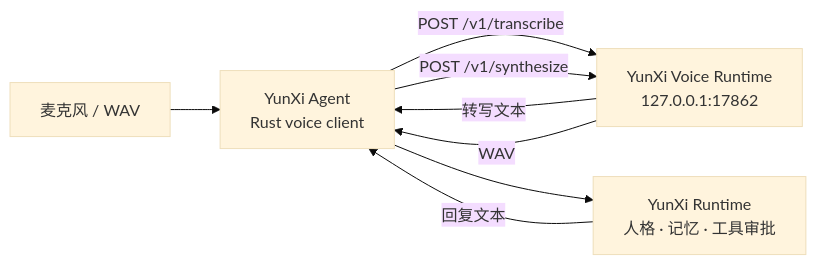
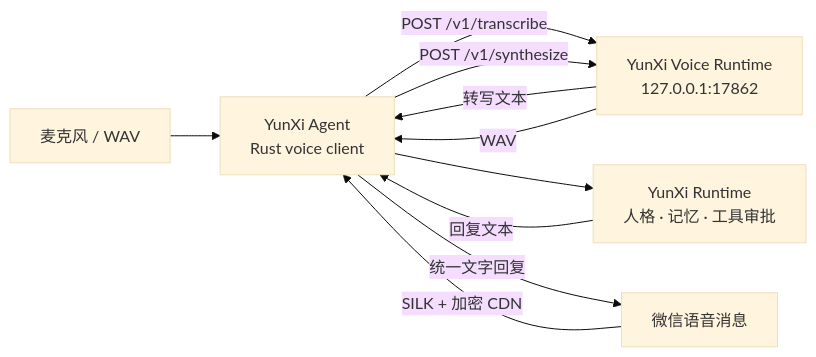
The second of 2 diagrams in README.md (sjxbbdb/YunXi-Agent), drawn with Mermaid (base theme) before and after one commit. The commit also changed other lines of this file and 44 other files, not shown here.

````diff
--- a/README.md
+++ b/README.md
@@ -268,10 +277,12 @@
 ```mermaid
 flowchart LR
     AUDIO["麦克风 / WAV"] --> CLIENT["YunXi Agent<br/>Rust voice client"]
     CLIENT -->|"POST /v1/transcribe"| SIDECAR["YunXi Voice Runtime<br/>127.0.0.1:17862"]
     SIDECAR -->|"转写文本"| CLIENT
     CLIENT --> CORE["YunXi Runtime<br/>人格 · 记忆 · 工具审批"]
     CORE -->|"回复文本"| CLIENT
     CLIENT -->|"POST /v1/synthesize"| SIDECAR
     SIDECAR -->|"WAV"| CLIENT
+    WEIXIN["微信语音消息"] -->|"SILK + 加密 CDN"| CLIENT
+    CLIENT -->|"统一文字回复"| WEIXIN
 ```
````
